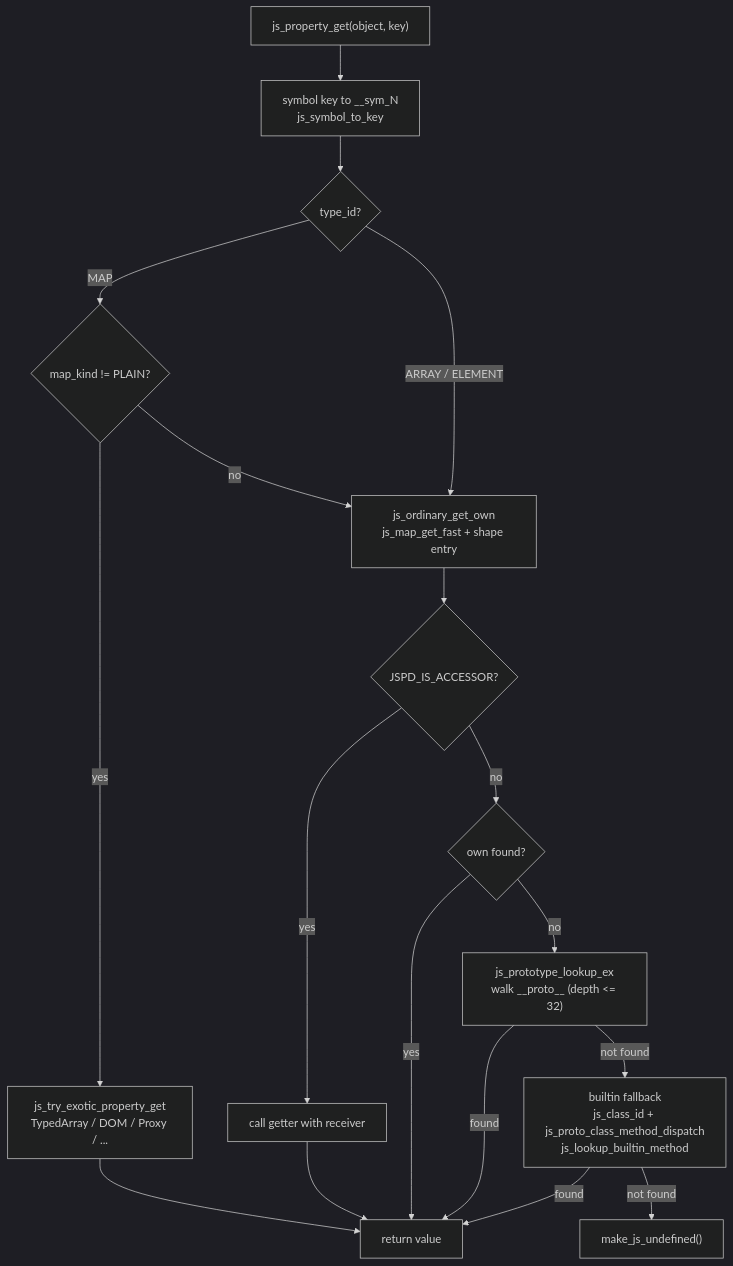
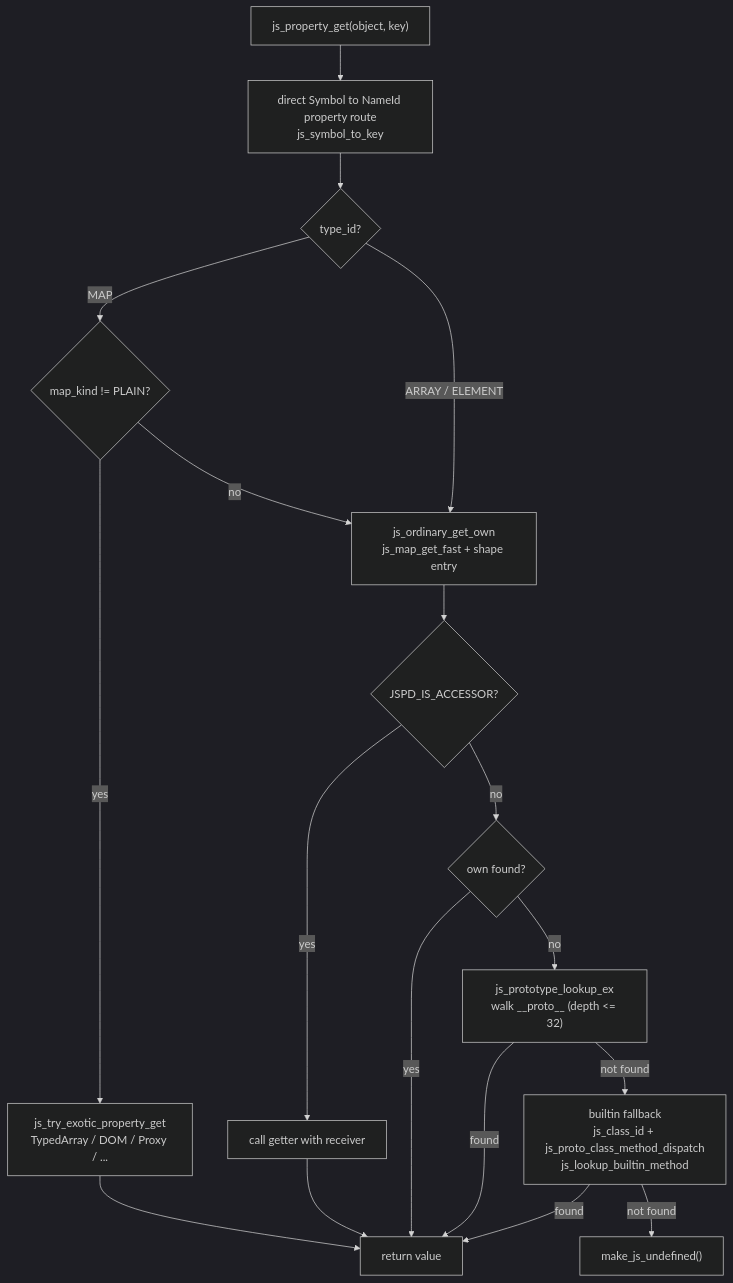
Before and after one commit to henry-luo/lambda: the diagram in doc/dev/js/diagram/property_get_dispatch.mmd, drawn with Mermaid (dark theme). The commit also changed 41 other files, not shown here.

```diff
--- a/doc/dev/js/diagram/property_get_dispatch.mmd
+++ b/doc/dev/js/diagram/property_get_dispatch.mmd
@@ -1,28 +1,28 @@
 flowchart TB
   K["js_property_get(object, key)"]
-  SYM["symbol key to __sym_N<br/>js_symbol_to_key"]
+  SYM["direct Symbol to NameId property route<br/>js_symbol_to_key"]
   T{"type_id?"}
   EX{"map_kind != PLAIN?"}
   EXO["js_try_exotic_property_get<br/>TypedArray / DOM / Proxy / ..."]
   OWN["js_ordinary_get_own<br/>js_map_get_fast + shape entry"]
   ACC{"JSPD_IS_ACCESSOR?"}
   CALLG["call getter with receiver"]
   FOUND{"own found?"}
   PROTO["js_prototype_lookup_ex<br/>walk __proto__ (depth &lt;= 32)"]
   BUILT["builtin fallback<br/>js_class_id + js_proto_class_method_dispatch<br/>js_lookup_builtin_method"]
   UND["make_js_undefined()"]
   RETV["return value"]
   K --> SYM --> T
   T -->|MAP| EX
   T -->|ARRAY / ELEMENT| OWN
   EX -->|yes| EXO --> RETV
   EX -->|no| OWN
   OWN --> ACC
   ACC -->|yes| CALLG --> RETV
   ACC -->|no| FOUND
   FOUND -->|yes| RETV
   FOUND -->|no| PROTO
   PROTO -->|found| RETV
   PROTO -->|not found| BUILT
   BUILT -->|found| RETV
   BUILT -->|not found| UND
```
